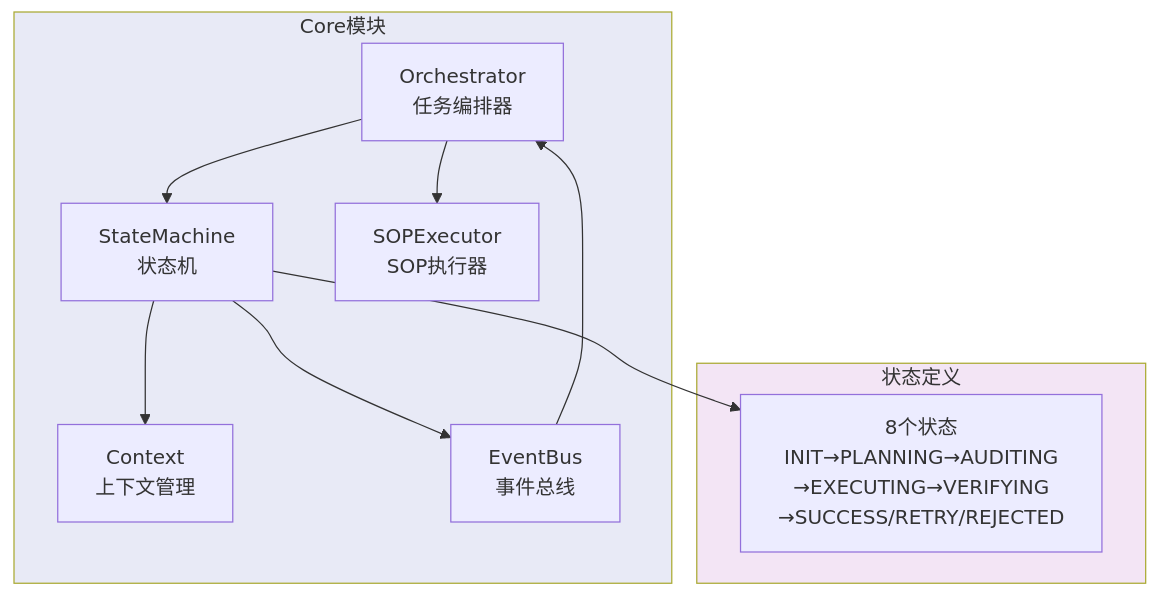
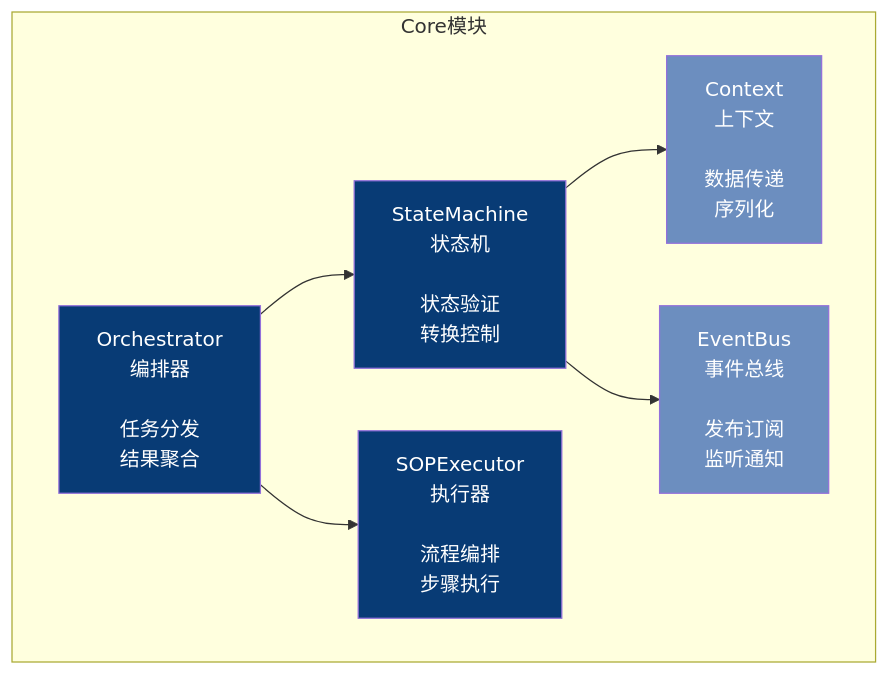
One commit to Aiting-for-you/OpsPilot changed the first of 2 diagrams in OpsPilot/docs/architecture/module-core.md. Above: the diagram before and after it, drawn with Mermaid. The commit also changed other lines of this file and 6 other files, not shown here.

Commit message:
style: 重构架构图设计，采用C4模型原则

````diff
--- a/OpsPilot/docs/architecture/module-core.md
+++ b/OpsPilot/docs/architecture/module-core.md
@@ -5,25 +5,21 @@
 ```mermaid
 graph TB
     subgraph Core模块
-        ORCH["Orchestrator<br/>任务编排器"]
-        FSM["StateMachine<br/>状态机"]
-        CTX["Context<br/>上下文管理"]
-        EVT["EventBus<br/>事件总线"]
-        SOP["SOPExecutor<br/>SOP执行器"]
+        ORCH[Orchestrator<br/>编排器<br/><br/>任务分发<br/>结果聚合]
+        FSM[StateMachine<br/>状态机<br/><br/>状态验证<br/>转换控制]
+        CTX[Context<br/>上下文<br/><br/>数据传递<br/>序列化]
+        EVT[EventBus<br/>事件总线<br/><br/>发布订阅<br/>监听通知]
+        SOP[SOPExecutor<br/>执行器<br/><br/>流程编排<br/>步骤执行]
     end
-    
-    subgraph 状态定义
-        STATES["8个状态<br/>INIT→PLANNING→AUDITING<br/>→EXECUTING→VERIFYING<br/>→SUCCESS/RETRY/REJECTED"]
-    end
-    
+
     ORCH --> FSM
     ORCH --> SOP
     FSM --> CTX
     FSM --> EVT
-    EVT --> ORCH
-    
-    FSM --> STATES
 
-    style Core模块 fill:#e8eaf6
-    style 状态定义 fill:#f3e5f5
+    style ORCH fill:#083B75,color:#fff
+    style FSM fill:#083B75,color:#fff
+    style CTX fill:#6C8EBF,color:#fff
+    style EVT fill:#6C8EBF,color:#fff
+    style SOP fill:#083B75,color:#fff
 ```
````
